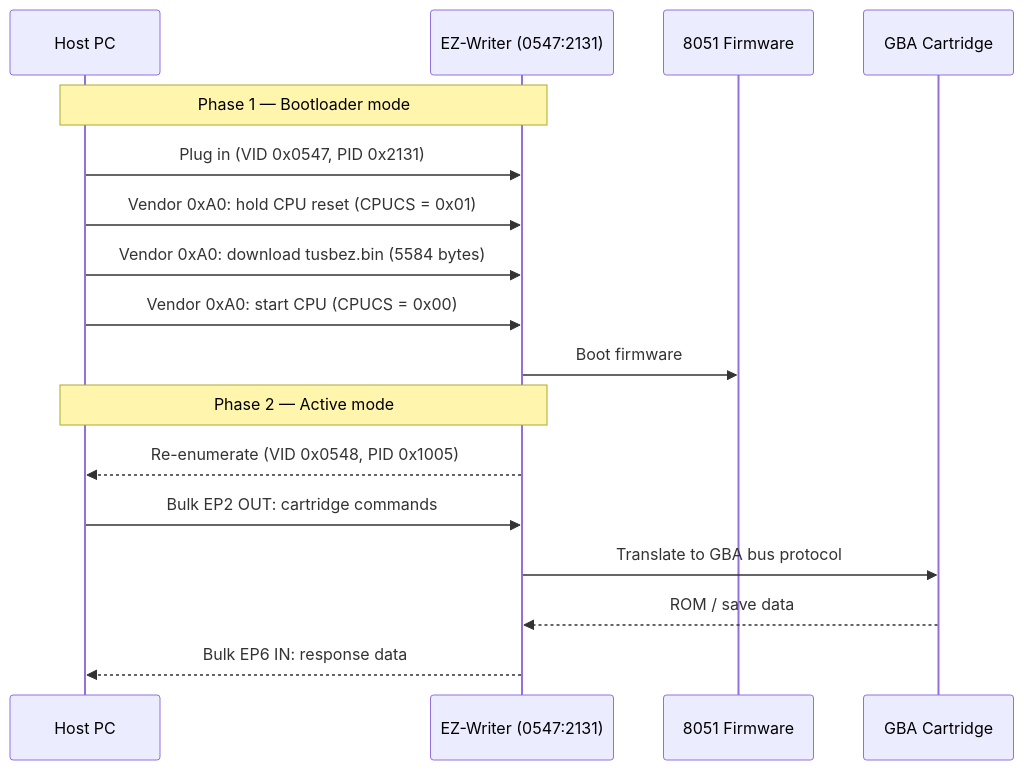
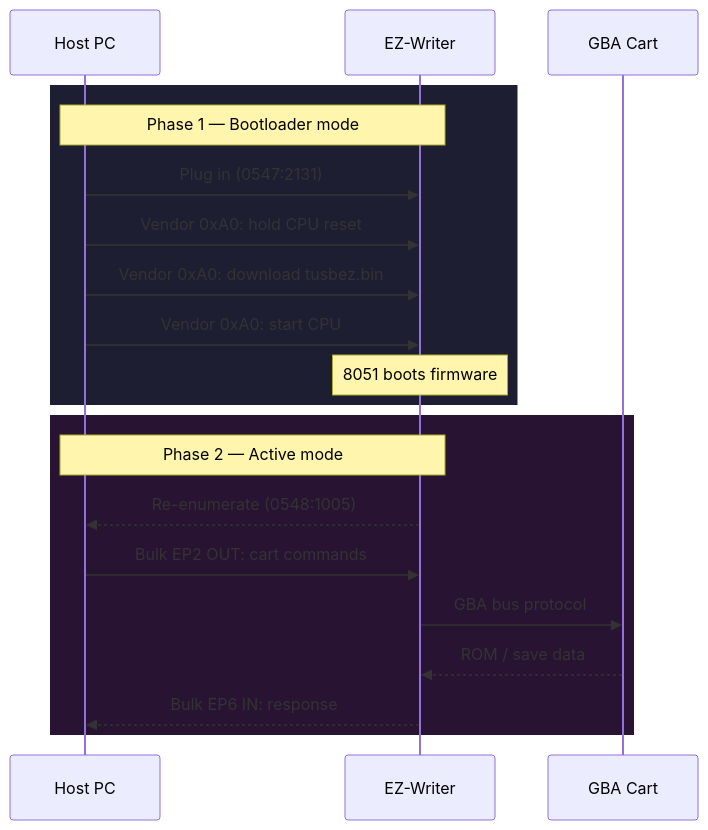
Before and after one commit to YoshKoz/ez-flash-ii-usb-flasher: the second of 2 diagrams in README.md, drawn with Mermaid.

Commit message:
docs: fix Mermaid sequence diagram label overlap
Remove Participant F (internal to device), use rect blocks for
phase separation, shorten arrow labels to prevent text collisions.

````diff
--- a/README.md
+++ b/README.md
@@ -93,20 +93,24 @@
 ```mermaid
 sequenceDiagram
     participant H as Host PC
-    participant D as EZ-Writer (0547:2131)
-    participant F as 8051 Firmware
-    participant C as GBA Cartridge
+    participant D as EZ-Writer
+    participant C as GBA Cart
 
+    rect rgb(30, 30, 50)
     Note over H,D: Phase 1 — Bootloader mode
-    H->>D: Plug in (VID 0x0547, PID 0x2131)
-    H->>D: Vendor 0xA0: hold CPU reset (CPUCS = 0x01)
-    H->>D: Vendor 0xA0: download tusbez.bin (5584 bytes)
-    H->>D: Vendor 0xA0: start CPU (CPUCS = 0x00)
-    D->>F: Boot firmware
+    H->>D: Plug in (0547:2131)
+    H->>D: Vendor 0xA0: hold CPU reset
+    H->>D: Vendor 0xA0: download tusbez.bin
+    H->>D: Vendor 0xA0: start CPU
+    Note over D: 8051 boots firmware
+    end
+
+    rect rgb(40, 20, 50)
     Note over H,D: Phase 2 — Active mode
-    D-->>H: Re-enumerate (VID 0x0548, PID 0x1005)
-    H->>D: Bulk EP2 OUT: cartridge commands
-    D->>C: Translate to GBA bus protocol
+    D-->>H: Re-enumerate (0548:1005)
+    H->>D: Bulk EP2 OUT: cart commands
+    D->>C: GBA bus protocol
     C-->>D: ROM / save data
-    D-->>H: Bulk EP6 IN: response data
+    D-->>H: Bulk EP6 IN: response
+    end
 ```
````
